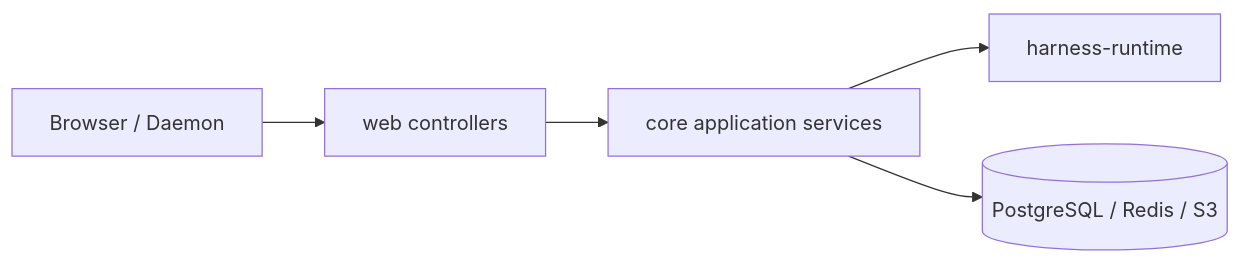
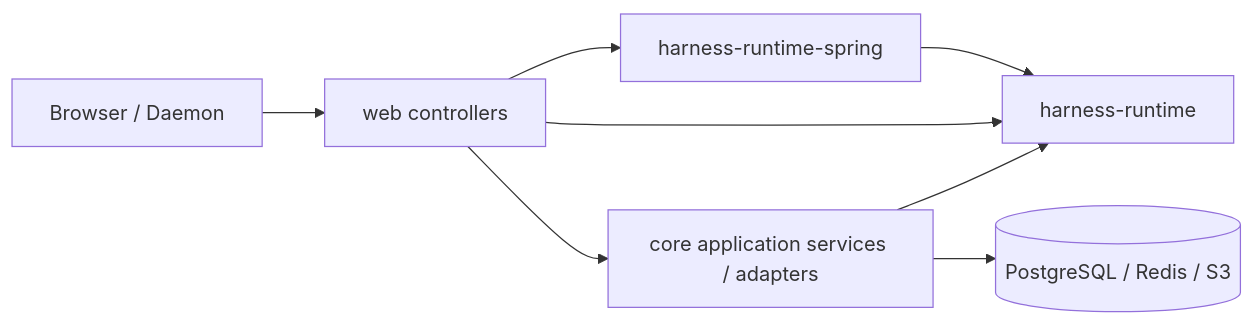
One commit to fengwk/kk-studio changed the diagram in docs/technical-solution/backend-implementation-design.md. Above: the diagram before and after it, drawn with Mermaid. The commit also changed other lines of this file and 16 other files, not shown here.

Commit message:
docs(harness): align runtime protocol documentation

````diff
--- a/docs/technical-solution/backend-implementation-design.md
+++ b/docs/technical-solution/backend-implementation-design.md
@@ -7,11 +7,16 @@
 ```mermaid
 flowchart LR
     Client[Browser / Daemon]
     Web[web controllers]
-    Core[core application services]
+    Core[core application services / adapters]
+    RuntimeSpring[harness-runtime-spring]
     Runtime[harness-runtime]
     Store[(PostgreSQL / Redis / S3)]
 
-    Client --> Web --> Core --> Runtime
+    Client --> Web
+    Web --> Core
+    Web --> RuntimeSpring --> Runtime
+    Web --> Runtime
+    Core --> Runtime
     Core --> Store
 ```
````
